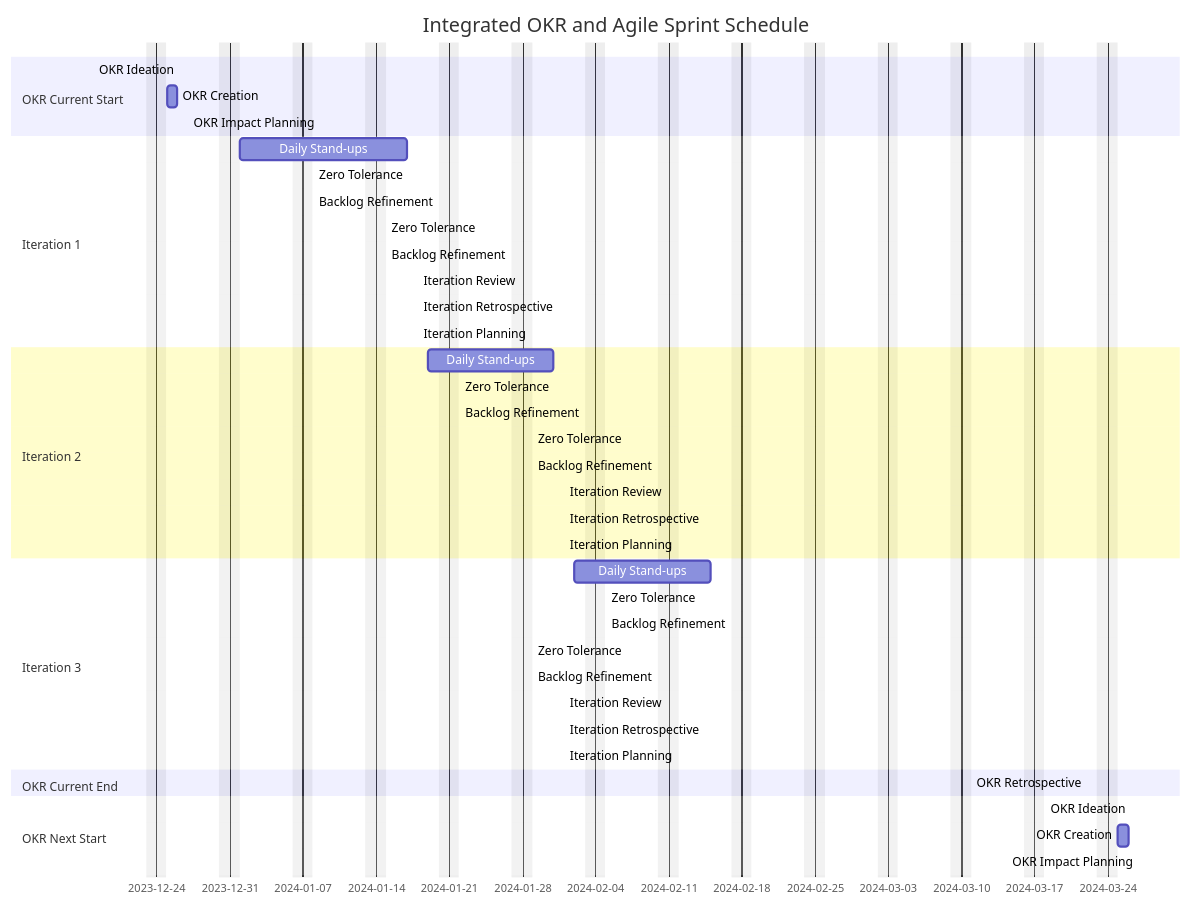
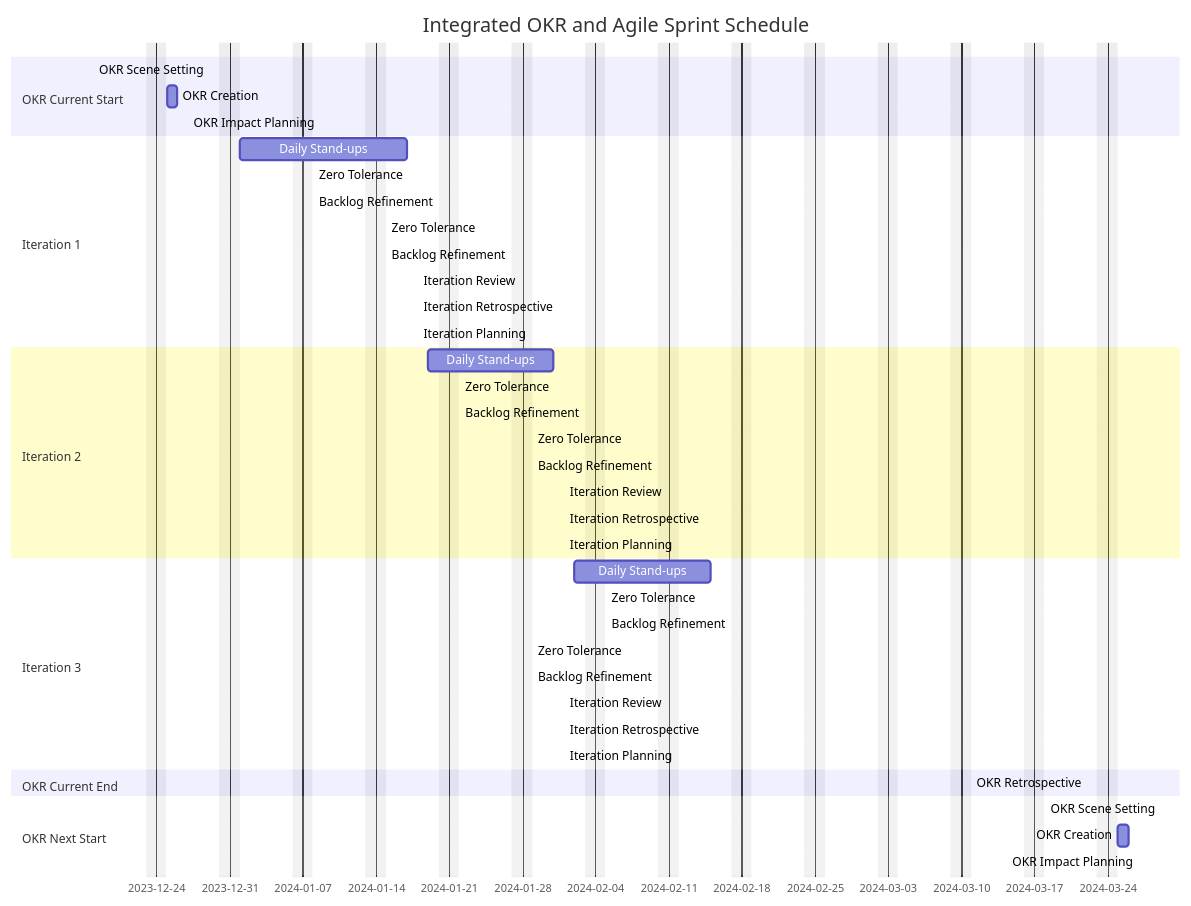
One commit to hungovercoders-blog/datagriff changed the diagram in docs/_posts/2024-02-24-okr-agile-cycles/2024-02-24-okr-agile-cycles.md. Above: the diagram before and after it, drawn with Mermaid. The commit also changed other lines of this file, not shown here.

Commit message:
added okr creation agenda

````diff
--- a/docs/_posts/2024-02-24-okr-agile-cycles/2024-02-24-okr-agile-cycles.md
+++ b/docs/_posts/2024-02-24-okr-agile-cycles/2024-02-24-okr-agile-cycles.md
@@ -150,49 +150,49 @@
 ```mermaid!
 gantt
 title Integrated OKR and Agile Sprint Schedule
 dateFormat  YYYY-MM-DD
 excludes weekends
 
 section OKR Current Start
-OKR Ideation: 2023-12-18, 2023-12-18
+OKR Scene Setting: 2023-12-18, 2023-12-18
 OKR Creation: 2023-12-25, 2023-12-26
 OKR Impact Planning: 2023-12-27, 2023-12-27
 
 section Iteration 1
 Daily Stand-ups: 2024-01-01, 2024-01-17
 Zero Tolerance: 2024-01-08, 2024-01-08
 Backlog Refinement: 2024-01-08, 2024-01-08
 Zero Tolerance: 2024-01-15, 2024-01-15
 Backlog Refinement: 2024-01-15, 2024-01-15
 Iteration Review: 2024-01-18, 2024-01-18
 Iteration Retrospective: 2024-01-18, 2024-01-18
 Iteration Planning: 2024-01-18, 2024-01-18
 
 section Iteration 2
 Daily Stand-ups: 2024-01-19, 2024-01-31
 Zero Tolerance: 2024-01-22, 2024-01-22
 Backlog Refinement: 2024-01-22, 2024-01-22
 Zero Tolerance: 2024-01-29, 2024-01-29
 Backlog Refinement: 2024-01-29, 2024-01-29
 Iteration Review: 2024-02-01, 2024-02-01
 Iteration Retrospective: 2024-02-01, 2024-02-01
 Iteration Planning: 2024-02-01, 2024-02-01
 
 section Iteration 3
 Daily Stand-ups: 2024-02-02, 2024-02-15
 Zero Tolerance: 2024-02-05, 2024-02-05
 Backlog Refinement: 2024-02-05, 2024-02-05
 Zero Tolerance: 2024-01-29, 2024-01-29
 Backlog Refinement: 2024-01-29, 2024-01-29
 Iteration Review: 2024-02-01, 2024-02-01
 Iteration Retrospective: 2024-02-01, 2024-02-01
 Iteration Planning: 2024-02-01, 2024-02-01
 
 section OKR Current End
 OKR Retrospective: 2024-03-22, 2024-03-22
 
 section OKR Next Start
-OKR Ideation: 2024-03-18, 2024-03-18
+OKR Scene Setting: 2024-03-18, 2024-03-18
 OKR Creation: 2024-03-25, 2024-03-26
 OKR Impact Planning: 2024-03-27, 2024-03-27
 ```
````
